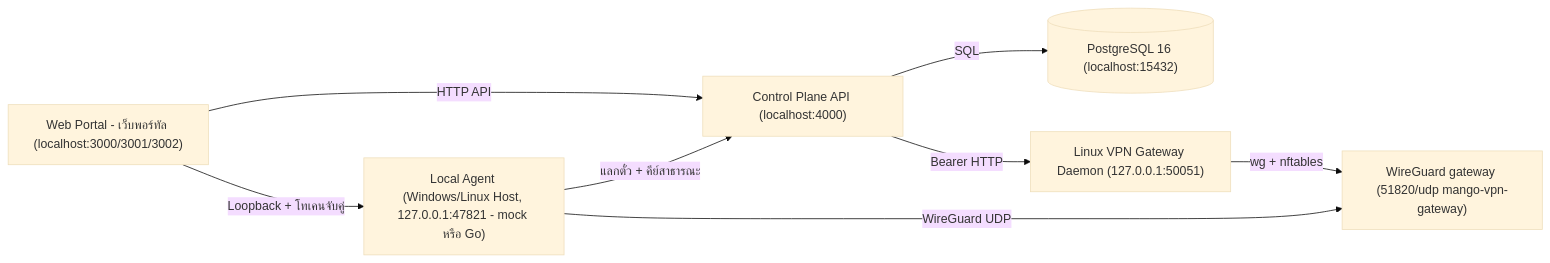
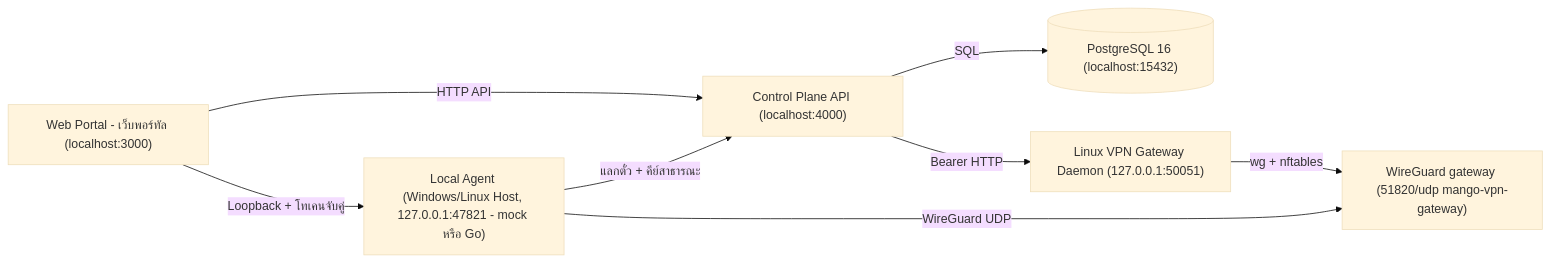
The diagram in TUTORIAL.th.md (SobreeH/Mango_VPN_Trainee), drawn with Mermaid (base theme) before and after one commit. The commit also changed other lines of this file and 5 other files, not shown here.

Commit message:
docs: update tutorials, README, and quickstart for single-port flow and recent features

````diff
--- a/TUTORIAL.th.md
+++ b/TUTORIAL.th.md
@@ -15,10 +15,10 @@
 ```mermaid
 flowchart LR
-    Browser["Web Portal - เว็บพอร์ทัล (localhost:3000/3001/3002)"] -->|HTTP API| API["Control Plane API (localhost:4000)"]
+    Browser["Web Portal - เว็บพอร์ทัล (localhost:3000)"] -->|HTTP API| API["Control Plane API (localhost:4000)"]
     API -->|SQL| DB[("PostgreSQL 16 (localhost:15432)")]
     Browser -->|"Loopback + โทเคนจับคู่"| Agent["Local Agent (Windows/Linux Host, 127.0.0.1:47821 - mock หรือ Go)"]
     Agent -->|"แลกตั๋ว + คีย์สาธารณะ"| API
     API -->|"Bearer HTTP"| Gateway["Linux VPN Gateway Daemon (127.0.0.1:50051)"]
     Agent -->|WireGuard UDP| WG["WireGuard gateway (51820/udp mango-vpn-gateway)"]
     Gateway -->|wg + nftables| WG
 ```
````
